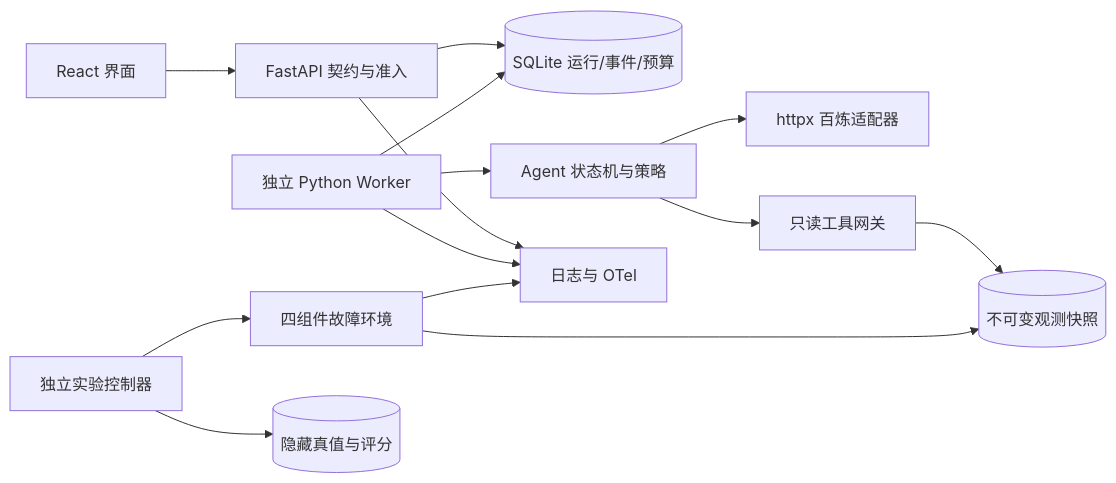
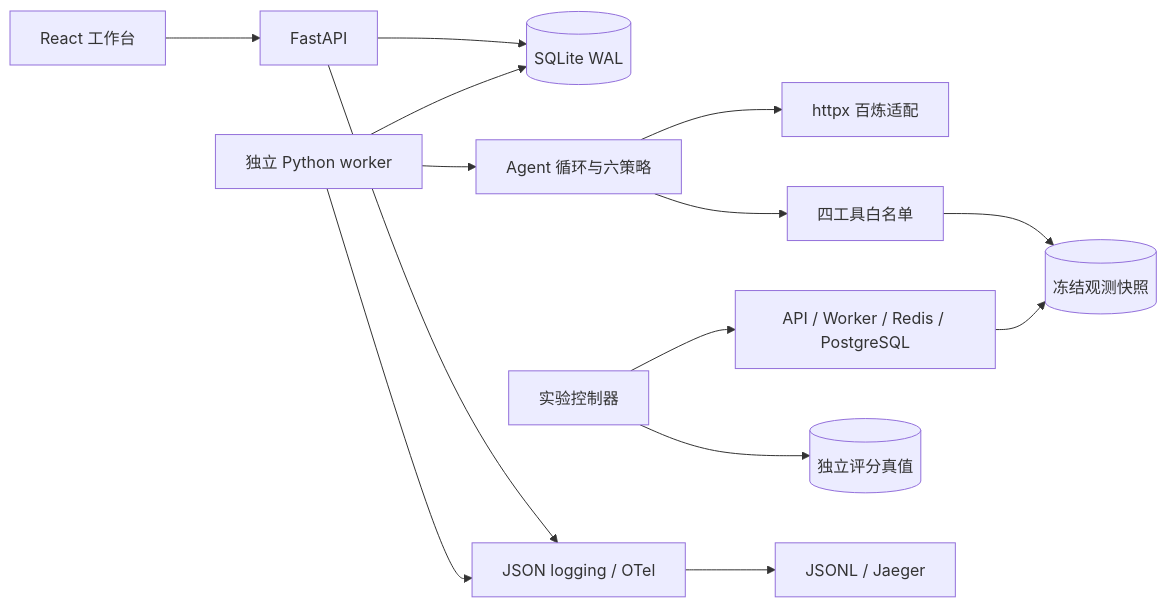
The diagram in docs/architecture.md (mt-obdvlb/re-int-pro), drawn with Mermaid before and after one commit. The commit also changed other lines of this file and 145 other files, not shown here.

````diff
--- a/docs/architecture.md
+++ b/docs/architecture.md
@@ -21,16 +5,16 @@
 ```mermaid
 flowchart LR
-    UI[React 界面] --> API[FastAPI 契约与准入]
-    API --> DB[(SQLite 运行/事件/预算)]
-    W[独立 Python Worker] --> DB
-    W --> A[Agent 状态机与策略]
-    A --> L[httpx 百炼适配器]
-    A --> G[只读工具网关]
-    G --> S[(不可变观测快照)]
-    E[独立实验控制器] --> F[四组件故障环境]
-    F --> S
-    E --> T[(隐藏真值与评分)]
-    API --> O[日志与 OTel]
-    W --> O
-    F --> O
+ UI[React 工作台] --> API[FastAPI]
+ API --> DB[(SQLite WAL)]
+ W[独立 Python worker] --> DB
+ W --> A[Agent 循环与六策略]
+ A --> L[httpx 百炼适配]
+ A --> G[四工具白名单]
+ G --> S[(冻结观测快照)]
+ C[实验控制器] --> E[API / Worker / Redis / PostgreSQL]
+ E --> S
+ C --> T[(独立评分真值)]
+ API --> O[JSON logging / OTel]
+ W --> O
+ O --> J[JSONL / Jaeger]
 ```
````
